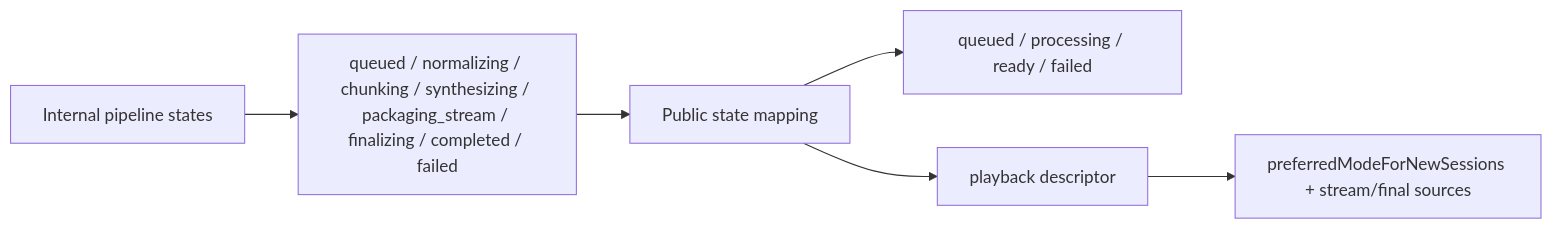
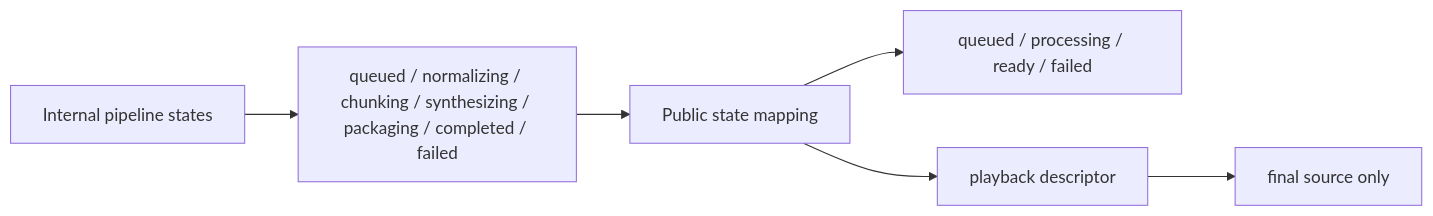
Before and after one commit to tomenden/hear-it: the diagram in docs/streaming-playback-contract.md, drawn with Mermaid. The commit also changed other lines of this file and 7 other files, not shown here.

````diff
--- a/docs/streaming-playback-contract.md
+++ b/docs/streaming-playback-contract.md
@@ -175,8 +125,8 @@
 ```mermaid
 flowchart LR
-    A["Internal pipeline states"] --> B["queued / normalizing / chunking / synthesizing / packaging_stream / finalizing / completed / failed"]
+    A["Internal pipeline states"] --> B["queued / normalizing / chunking / synthesizing / packaging / completed / failed"]
     B --> C["Public state mapping"]
     C --> D["queued / processing / ready / failed"]
     C --> E["playback descriptor"]
-    E --> F["preferredModeForNewSessions + stream/final sources"]
+    E --> F["final source only"]
 ```
````
